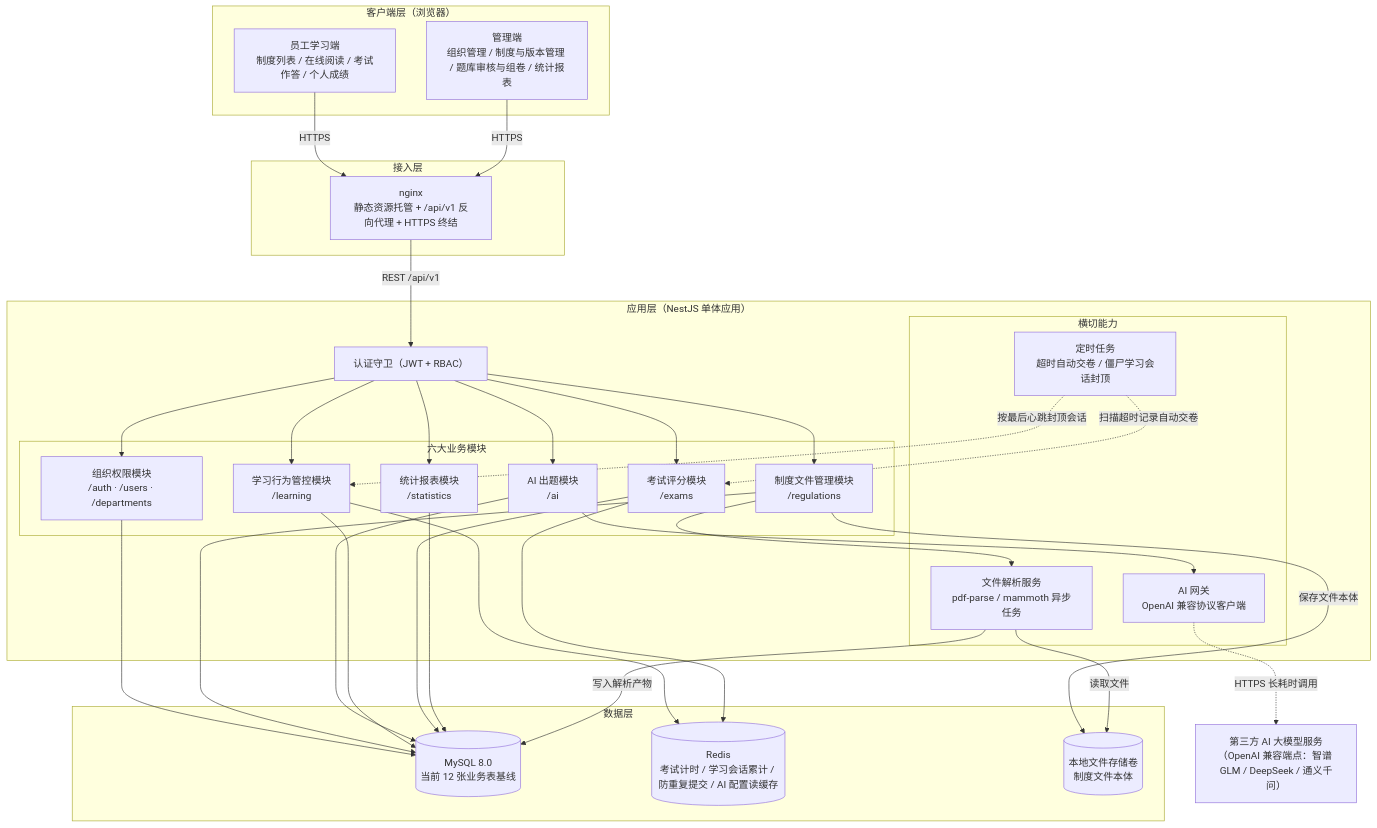
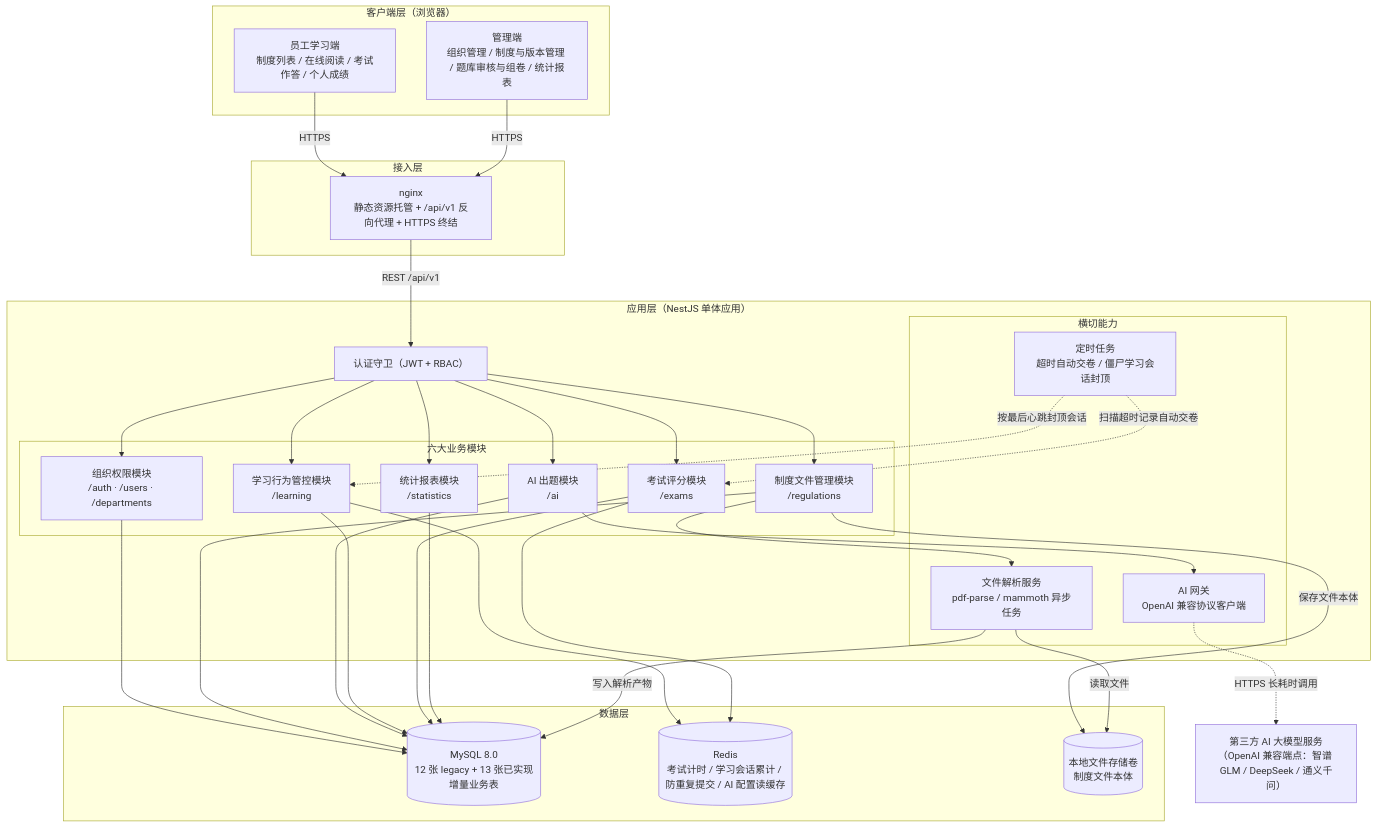
The first of 2 diagrams in docs/design/02-系统架构.md (caoguanjie/emodor-exam), drawn with Mermaid before and after one commit. The commit also changed other lines of this file and 34 other files, not shown here.

````diff
--- a/docs/design/02-系统架构.md
+++ b/docs/design/02-系统架构.md
@@ -38,62 +38,62 @@
 ```mermaid
 graph TD
     subgraph CL["客户端层（浏览器）"]
         E["员工学习端<br/>制度列表 / 在线阅读 / 考试作答 / 个人成绩"]
         M["管理端<br/>组织管理 / 制度与版本管理 / 题库审核与组卷 / 统计报表"]
     end
 
     subgraph NL["接入层"]
         NGX["nginx<br/>静态资源托管 + /api/v1 反向代理 + HTTPS 终结"]
     end
 
     subgraph AL["应用层（NestJS 单体应用）"]
         GA["认证守卫（JWT + RBAC）"]
         subgraph BIZ["六大业务模块"]
             M1["组织权限模块<br/>/auth · /users · /departments"]
             M2["制度文件管理模块<br/>/regulations"]
             M3["AI 出题模块<br/>/ai"]
             M4["学习行为管控模块<br/>/learning"]
             M5["考试评分模块<br/>/exams"]
             M6["统计报表模块<br/>/statistics"]
         end
         subgraph XC["横切能力"]
             FP["文件解析服务<br/>pdf-parse / mammoth 异步任务"]
             AG["AI 网关<br/>OpenAI 兼容协议客户端"]
             SCH["定时任务<br/>超时自动交卷 / 僵尸学习会话封顶"]
         end
     end
 
     subgraph DL["数据层"]
-        DB[("MySQL 8.0<br/>当前 12 张业务表基线")]
+        DB[("MySQL 8.0<br/>12 张 legacy + 13 张已实现增量业务表")]
         RD[("Redis<br/>考试计时 / 学习会话累计 / 防重复提交 / AI 配置读缓存")]
         FS[("本地文件存储卷<br/>制度文件本体")]
     end
 
     EXT["第三方 AI 大模型服务<br/>（OpenAI 兼容端点：智谱 GLM / DeepSeek / 通义千问）"]
 
     E -->|"HTTPS"| NGX
     M -->|"HTTPS"| NGX
     NGX -->|"REST /api/v1"| GA
     GA --> M1
     GA --> M2
     GA --> M3
     GA --> M4
     GA --> M5
     GA --> M6
     M2 --> FP
     M3 --> AG
     SCH -.->|"扫描超时记录自动交卷"| M5
     SCH -.->|"按最后心跳封顶会话"| M4
     M1 --> DB
     M2 --> DB
     M3 --> DB
     M4 --> DB
     M5 --> DB
     M6 --> DB
     M4 --> RD
     M5 --> RD
     M2 -->|"保存文件本体"| FS
     FP -->|"读取文件"| FS
     FP -->|"写入解析产物"| DB
     AG -.->|"HTTPS 长耗时调用"| EXT
 ```
````
